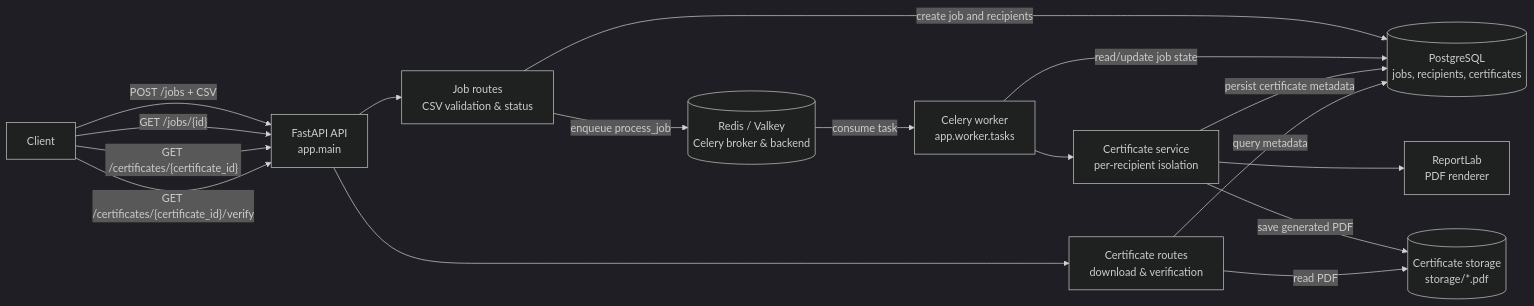
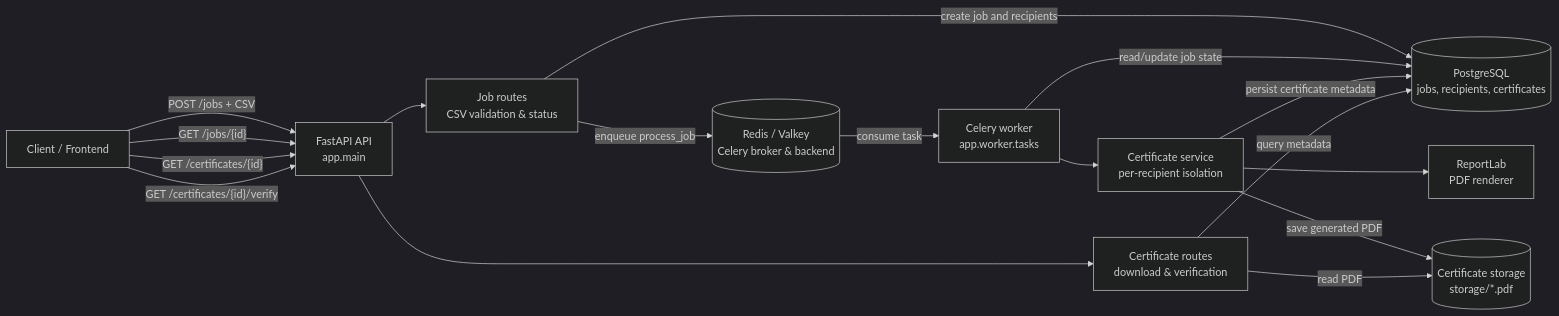
The first of 2 diagrams in README.md (PushpakKumar12a/Bulk-Certificate-Generator), drawn with Mermaid (dark theme) before and after one commit. The commit also changed other lines of this file, not shown here.

````diff
--- a/README.md
+++ b/README.md
@@ -7,30 +38,30 @@
 ```mermaid
 graph LR
-    client[Client]
+    client[Client / Frontend]
     api[FastAPI API<br/>app.main]
     jobs[Job routes<br/>CSV validation & status]
     certs[Certificate routes<br/>download & verification]
     db[(PostgreSQL<br/>jobs, recipients, certificates)]
     broker[(Redis / Valkey<br/>Celery broker & backend)]
     worker[Celery worker<br/>app.worker.tasks]
     service[Certificate service<br/>per-recipient isolation]
     pdf[ReportLab<br/>PDF renderer]
     storage[(Certificate storage<br/>storage/*.pdf)]
 
     client -->|"POST /jobs + CSV"| api
     api --> jobs
     api --> certs
     jobs -->|"create job and recipients"| db
     jobs -->|"enqueue process_job"| broker
     broker -->|"consume task"| worker
     worker -->|"read/update job state"| db
     worker --> service
     service --> pdf
     service -->|"save generated PDF"| storage
     service -->|"persist certificate metadata"| db
     client -->|"GET /jobs/{id}"| api
-    client -->|"GET /certificates/{certificate_id}"| api
-    client -->|"GET /certificates/{certificate_id}/verify"| api
+    client -->|"GET /certificates/{id}"| api
+    client -->|"GET /certificates/{id}/verify"| api
     certs -->|"query metadata"| db
     certs -->|"read PDF"| storage
 ```
````
